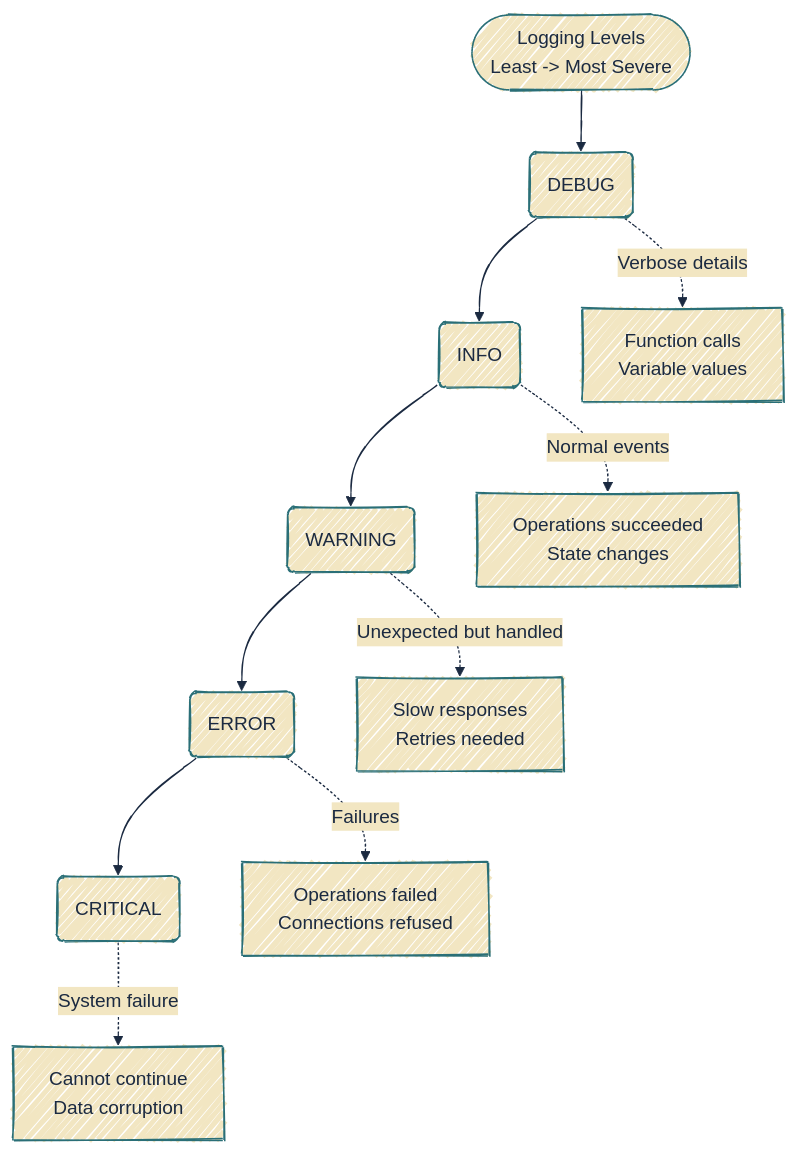
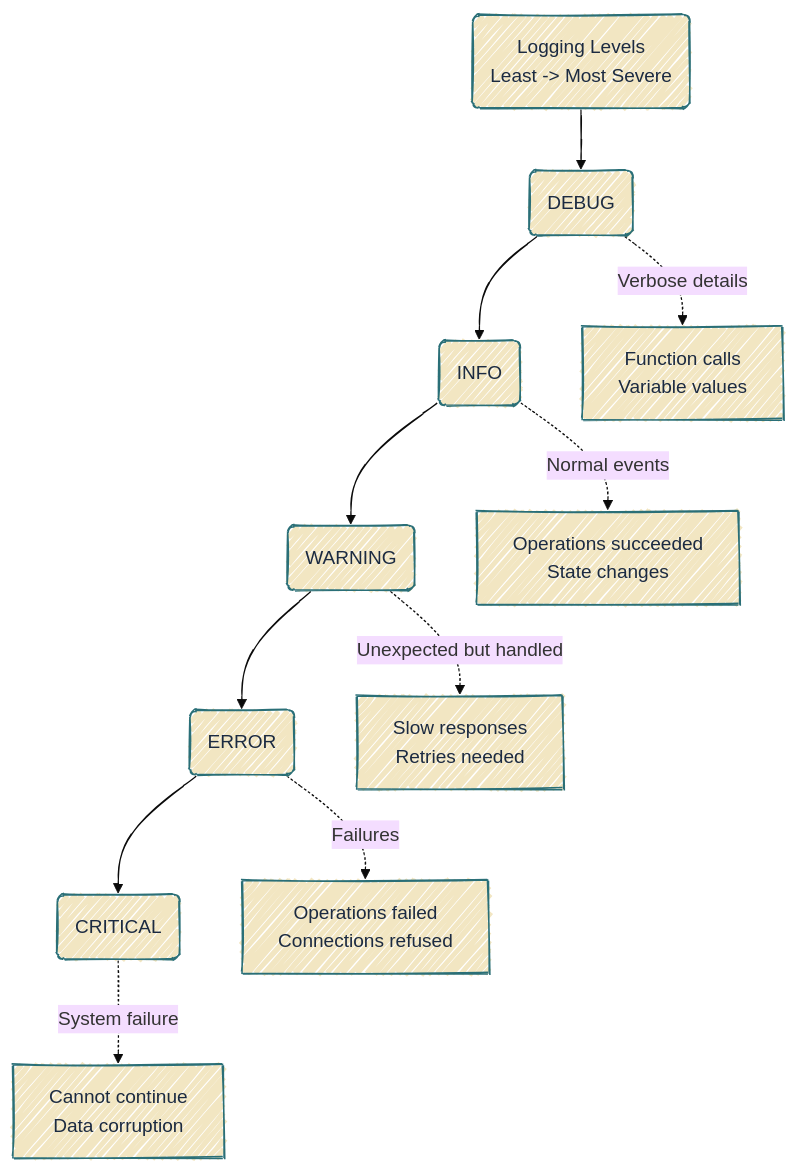
Before and after one commit to mjfrigaard/do4ds-labs: the third of 4 diagrams in lab04.qmd, drawn with Mermaid. The commit also changed other lines of this file and 37 other files, not shown here.

Commit message:
updates to mermaid

````diff
--- a/lab04.qmd
+++ b/lab04.qmd
@@ -194,21 +196,22 @@
 ```{mermaid}
 %%| fig-cap: 'Python logging'
 %%| fig-align: center
 %%| fig-width: 6.5
-%%{init: {'theme': 'base', 'look': 'handDrawn', 'themeVariables': { 'fontFamily': 'monospace', 'primaryColor': '#F2E6C2', 'primaryBorderColor': '#2A6F77', 'primaryTextColor': '#1B2A41', 'secondaryColor': '#d4e7e4', 'tertiaryColor': '#f5f0e4', 'lineColor': '#1B2A41', 'edgeLabelBackground': '#F2E6C2'}}}%%
+%%{init: {'theme': 'base', 'look': 'handDrawn', 'themeVariables': {'fontFamily': 'monospace'}}}%%
 
 graph TD
-    A(["Logging Levels<br/>Least -> Most Severe"]) --> B("DEBUG")
+    A("Logging Levels<br>Least -> Most Severe") --> B("DEBUG")
     B --> C("INFO")
     C --> D("WARNING")
     D --> E("ERROR")
     E --> F("CRITICAL")
     
-    B -.Verbose details.-> B1[Function calls<br/>Variable values]
-    C -.Normal events.-> C1[Operations succeeded<br/>State changes]
-    D -.Unexpected but handled.-> D1[Slow responses<br/>Retries needed]
-    E -.Failures.-> E1[Operations failed<br/>Connections refused]
-    F -.System failure.-> F1[Cannot continue<br/>Data corruption]
+    B -.Verbose details.-> B1[Function calls<br>Variable values]
+    C -.Normal events.-> C1[Operations succeeded<br>State changes]
+    D -.Unexpected but handled.-> D1[Slow responses<br>Retries needed]
+    E -.Failures.-> E1[Operations failed<br>Connections refused]
+    F -.System failure.-> F1[Cannot continue<br>Data corruption]
+    classDef default fill:#F2E6C2,stroke:#2A6F77,color:#1B2A41
     
     
 ```
````
